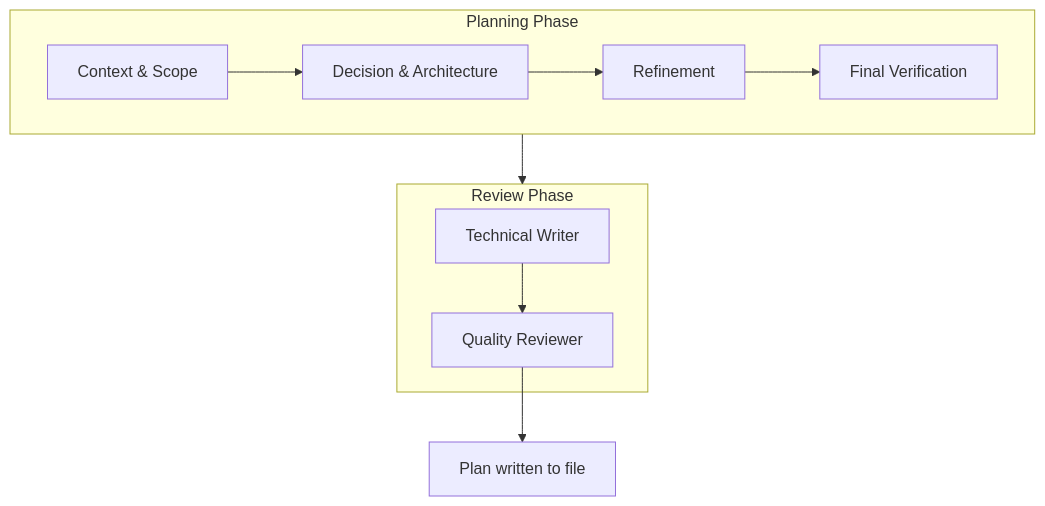
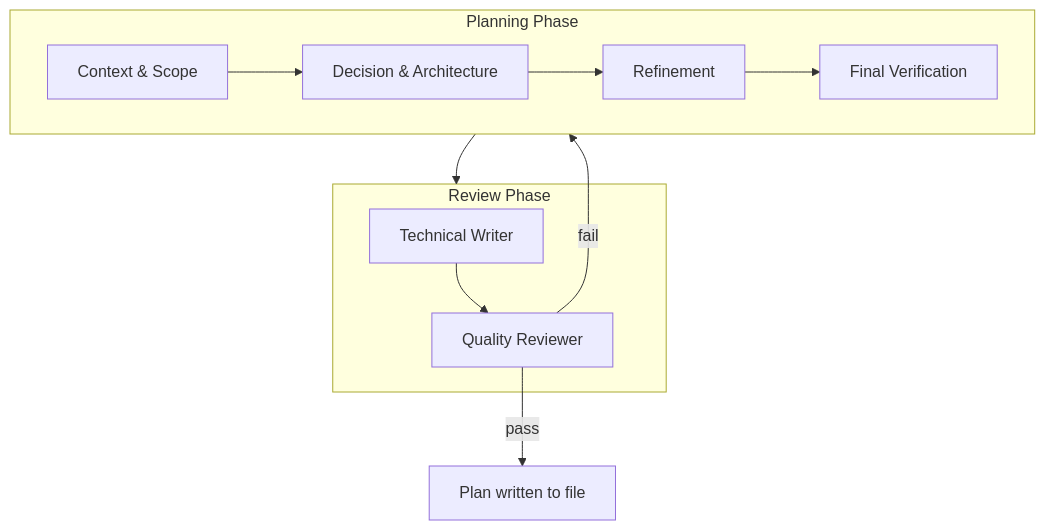
Before and after one commit to gcharang/claude-config: the second of 4 diagrams in README.md, drawn with Mermaid. The commit also changed other lines of this file, not shown here.

````diff
--- a/README.md
+++ b/README.md
@@ -137,15 +137,16 @@
 ```mermaid
 flowchart TB
     subgraph planning[Planning Phase]
         P1[Context & Scope] --> P2[Decision & Architecture]
         P2 --> P3[Refinement]
         P3 --> P4[Final Verification]
     end
 
     subgraph review[Review Phase]
         R1[Technical Writer] --> R2[Quality Reviewer]
     end
 
     planning --> review
-    R2 --> done[Plan written to file]
+    R2 -->|pass| done[Plan written to file]
+    R2 -->|fail| planning
 ```
````
